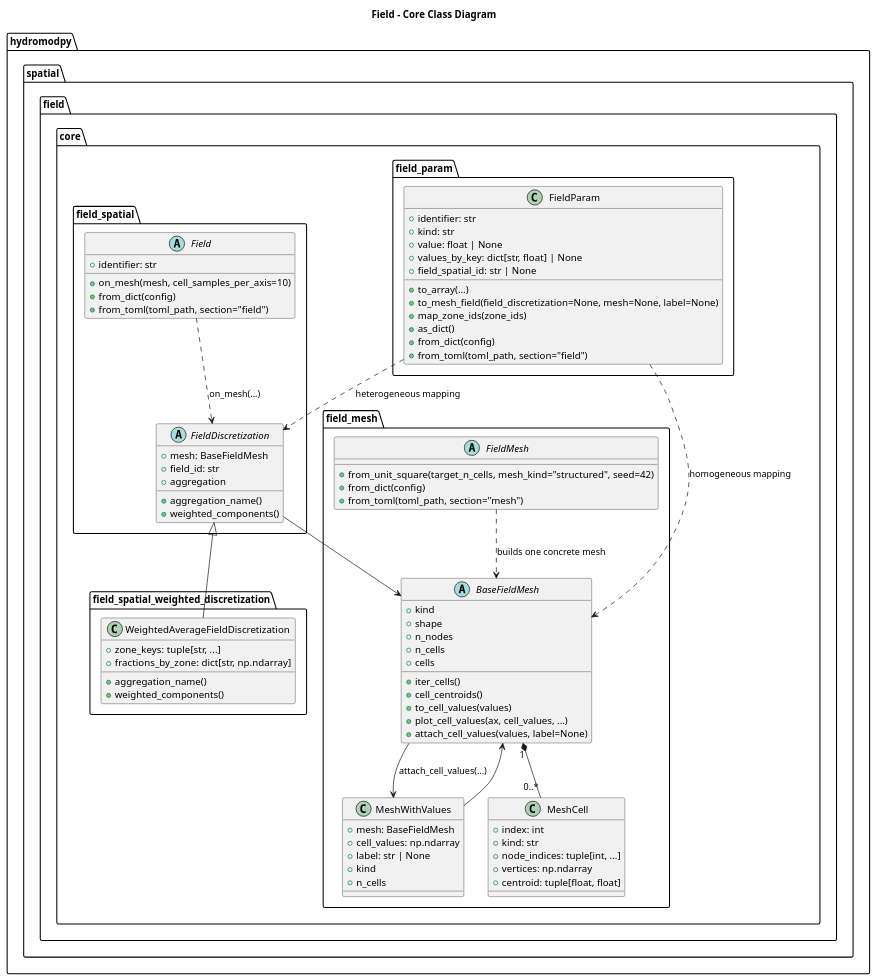
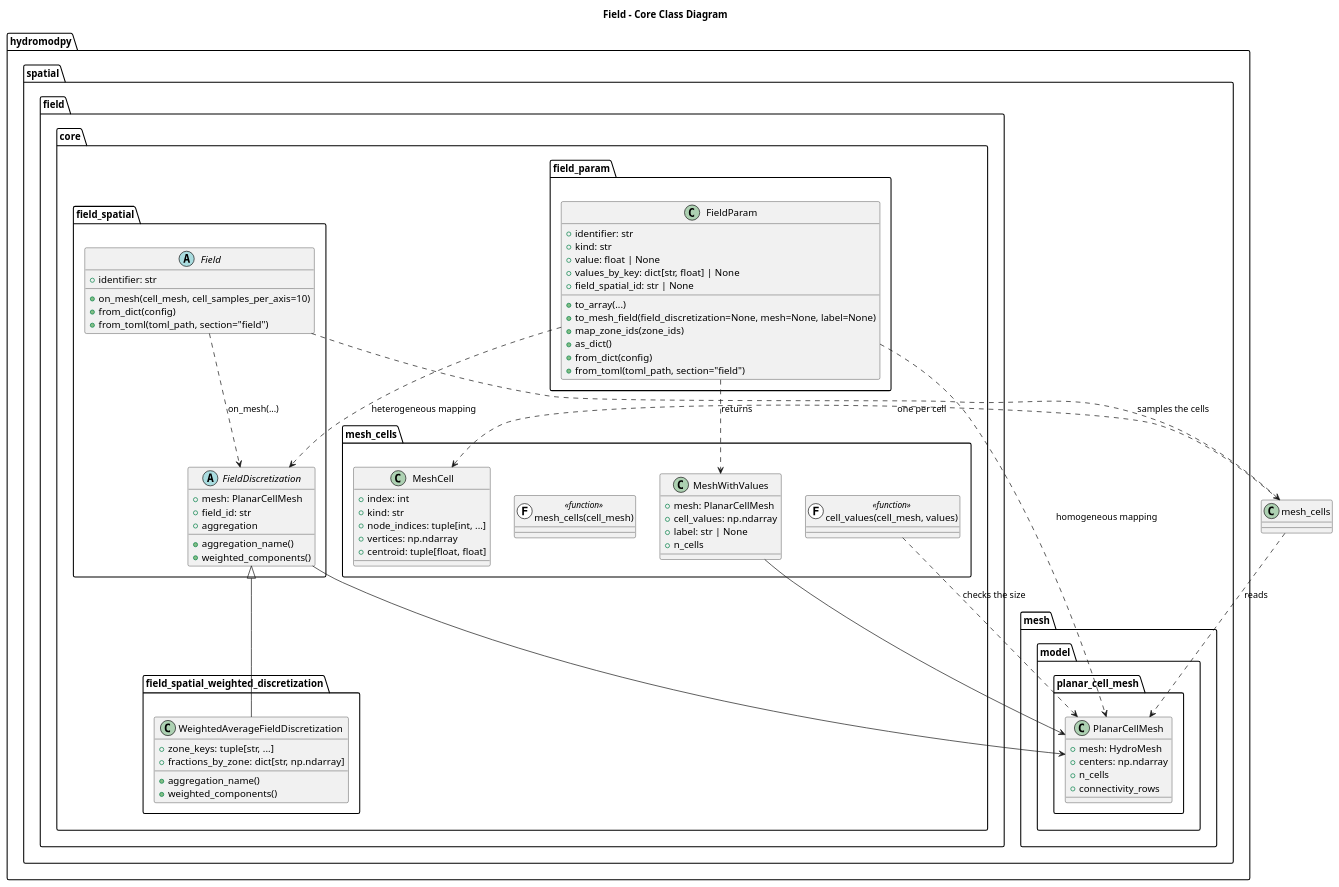
Before and after one commit to HydroModPy/HydroModPy: the diagram in docs/source/contribute/architecture/field/diagrams/field_classes.wsd, drawn with PlantUML. The commit also changed 302 other files, not shown here.

Commit message:
refactor(mesh): rename modules plainly and hold cells in a padded table

```diff
--- a/docs/source/contribute/architecture/field/diagrams/field_classes.wsd
+++ b/docs/source/contribute/architecture/field/diagrams/field_classes.wsd
@@ -1,97 +1,90 @@
 @startuml
 title Field - Core Class Diagram
 
-package "hydromodpy.spatial.field.core.field_mesh" {
+package "hydromodpy.spatial.mesh.model.planar_cell_mesh" {
+  class PlanarCellMesh {
+    +mesh: HydroMesh
+    +centers: np.ndarray
+    +n_cells
+    +connectivity_rows
+  }
+}
+
+package "hydromodpy.spatial.field.core.mesh_cells" {
   class MeshCell {
     +index: int
     +kind: str
     +node_indices: tuple[int, ...]
     +vertices: np.ndarray
     +centroid: tuple[float, float]
   }
 
   class MeshWithValues {
-    +mesh: BaseFieldMesh
+    +mesh: PlanarCellMesh
     +cell_values: np.ndarray
     +label: str | None
-    +kind
     +n_cells
   }
 
-  abstract class BaseFieldMesh {
-    +kind
-    +shape
-    +n_nodes
-    +n_cells
-    +cells
-    +iter_cells()
-    +cell_centroids()
-    +to_cell_values(values)
-    +plot_cell_values(ax, cell_values, ...)
-    +attach_cell_values(values, label=None)
-  }
-
-  abstract class FieldMesh {
-    +from_unit_square(target_n_cells, mesh_kind="structured", seed=42)
-    +from_dict(config)
-    +from_toml(toml_path, section="mesh")
-  }
+  class "mesh_cells(cell_mesh)" as mesh_cells << (F,#FFFFFF) function >>
+  class "cell_values(cell_mesh, values)" as cell_values << (F,#FFFFFF) function >>
 }
 
 package "hydromodpy.spatial.field.core.field_spatial" {
   abstract class Field {
     +identifier: str
-    +on_mesh(mesh, cell_samples_per_axis=10)
+    +on_mesh(cell_mesh, cell_samples_per_axis=10)
     +from_dict(config)
     +from_toml(toml_path, section="field")
   }
 
   abstract class FieldDiscretization {
-    +mesh: BaseFieldMesh
+    +mesh: PlanarCellMesh
     +field_id: str
     +aggregation_name()
     +aggregation
     +weighted_components()
   }
 }
 
 package "hydromodpy.spatial.field.core.field_spatial_weighted_discretization" {
   class WeightedAverageFieldDiscretization {
     +zone_keys: tuple[str, ...]
     +fractions_by_zone: dict[str, np.ndarray]
     +aggregation_name()
     +weighted_components()
   }
 }
 
 package "hydromodpy.spatial.field.core.field_param" {
   class FieldParam {
     +identifier: str
     +kind: str
     +value: float | None
     +values_by_key: dict[str, float] | None
     +field_spatial_id: str | None
     +to_array(...)
     +to_mesh_field(field_discretization=None, mesh=None, label=None)
     +map_zone_ids(zone_ids)
     +as_dict()
     +from_dict(config)
     +from_toml(toml_path, section="field")
   }
 }
 
-BaseFieldMesh "1" *-- "0..*" MeshCell
-MeshWithValues --> BaseFieldMesh
-BaseFieldMesh --> MeshWithValues : attach_cell_values(...)
+mesh_cells ..> PlanarCellMesh : reads
+mesh_cells ..> MeshCell : one per cell
+cell_values ..> PlanarCellMesh : checks the size
+MeshWithValues --> PlanarCellMesh
 
-FieldMesh ..> BaseFieldMesh : builds one concrete mesh
-
-FieldDiscretization --> BaseFieldMesh
+FieldDiscretization --> PlanarCellMesh
 FieldDiscretization <|-- WeightedAverageFieldDiscretization
 
+Field ..> mesh_cells : samples the cells
 Field ..> FieldDiscretization : on_mesh(...)
 
-FieldParam ..> BaseFieldMesh : homogeneous mapping
+FieldParam ..> PlanarCellMesh : homogeneous mapping
 FieldParam ..> FieldDiscretization : heterogeneous mapping
+FieldParam ..> MeshWithValues : returns
 
 @enduml
```
